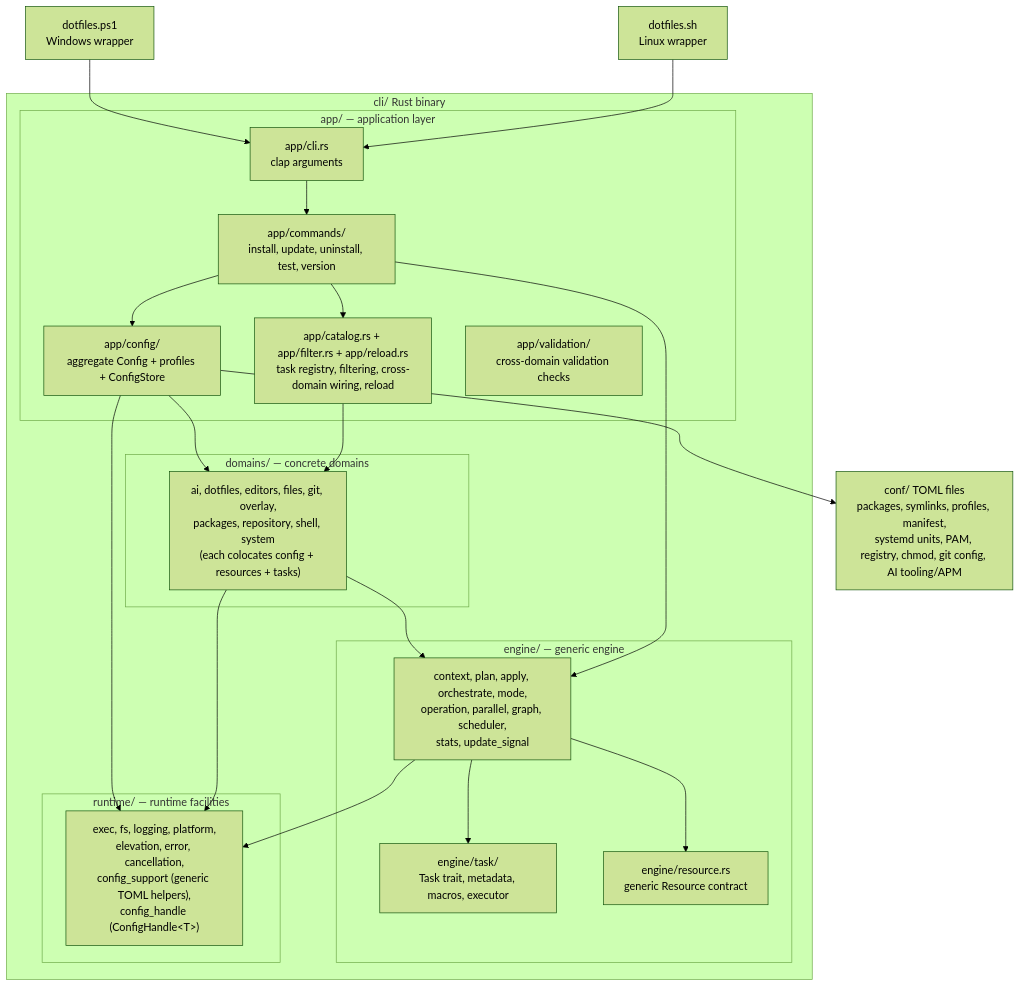
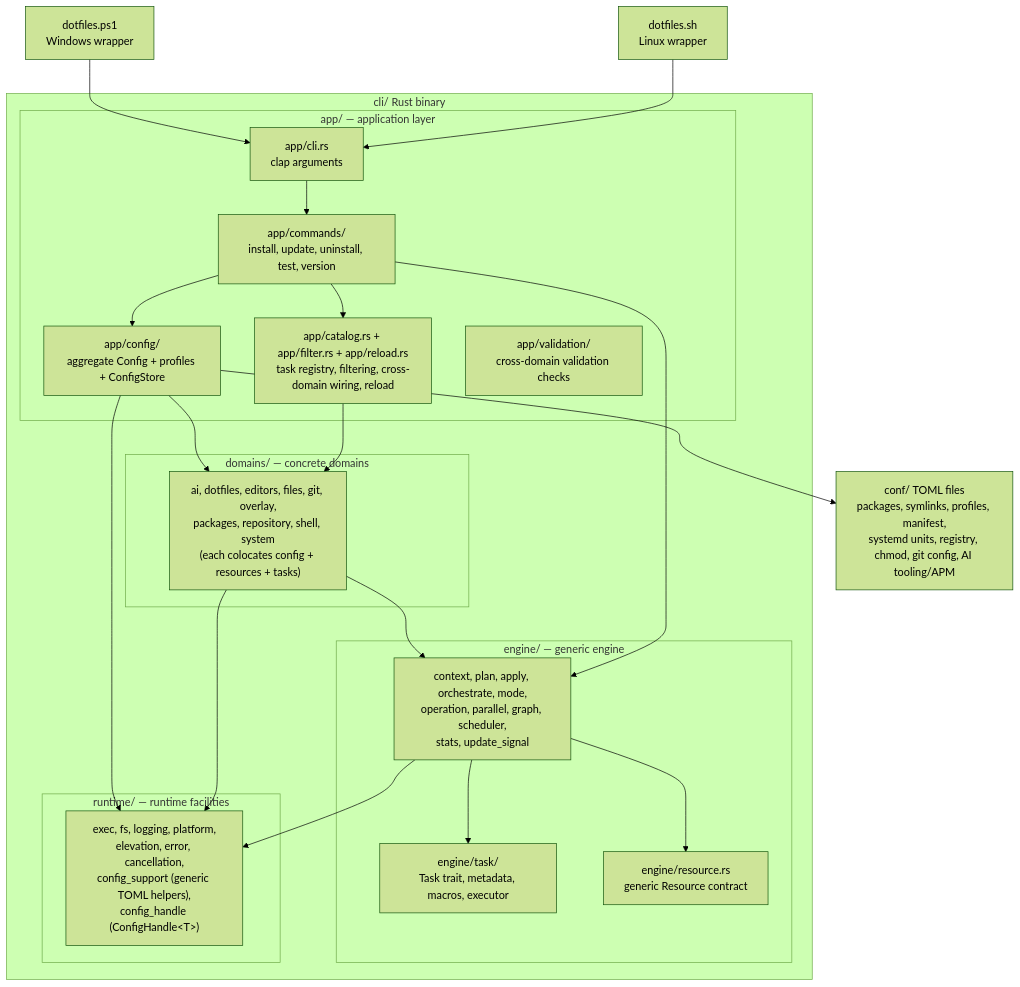
One commit to sneivandt/dotfiles changed the diagram in docs/ARCHITECTURE.md. Above: the diagram before and after it, drawn with Mermaid (forest theme). The commit also changed other lines of this file and 23 other files, not shown here.

````diff
--- a/docs/ARCHITECTURE.md
+++ b/docs/ARCHITECTURE.md
@@ -61,43 +61,43 @@
 ```mermaid
 flowchart TD
     linux["dotfiles.sh<br/>Linux wrapper"]
     windows["dotfiles.ps1<br/>Windows wrapper"]
 
     linux --> cli
     windows --> cli
 
     subgraph rust_binary["cli/ Rust binary"]
         subgraph app_layer["app/ — application layer"]
             cli["app/cli.rs<br/>clap arguments"]
             commands["app/commands/<br/>install, update, uninstall, test, version"]
             appconfig["app/config/<br/>aggregate Config + profiles + ConfigStore"]
             catalog["app/catalog.rs + app/filter.rs + app/reload.rs<br/>task registry, filtering, cross-domain wiring, reload"]
             validation["app/validation/<br/>cross-domain validation checks"]
         end
         subgraph domains_layer["domains/ — concrete domains"]
             domains["ai, dotfiles, editors, files, git, overlay,<br/>packages, repository, shell, system<br/>(each colocates config + resources + tasks)"]
         end
         subgraph engine_layer["engine/ — generic engine"]
             engine["context, plan, apply, orchestrate, mode,<br/>operation, parallel, graph, scheduler,<br/>stats, update_signal"]
             task["engine/task/<br/>Task trait, metadata, macros, executor"]
             resource["engine/resource.rs<br/>generic Resource contract"]
         end
         subgraph runtime_layer["runtime/ — runtime facilities"]
             runtime["exec, fs, logging, platform,<br/>elevation, error, cancellation,<br/>config_support (generic TOML helpers),<br/>config_handle (ConfigHandle&lt;T&gt;)"]
         end
     end
 
     cli --> commands
     commands --> appconfig
     commands --> engine
     commands --> catalog
     catalog --> domains
     domains --> engine
     domains --> runtime
     engine --> resource
     engine --> task
     engine --> runtime
     appconfig --> domains
     appconfig --> runtime
-    appconfig --> conf["conf/ TOML files<br/>packages, symlinks, profiles, manifest,<br/>systemd units, PAM, registry, chmod, git config, AI tooling/APM"]
+    appconfig --> conf["conf/ TOML files<br/>packages, symlinks, profiles, manifest,<br/>systemd units, registry, chmod, git config, AI tooling/APM"]
 ```
````
